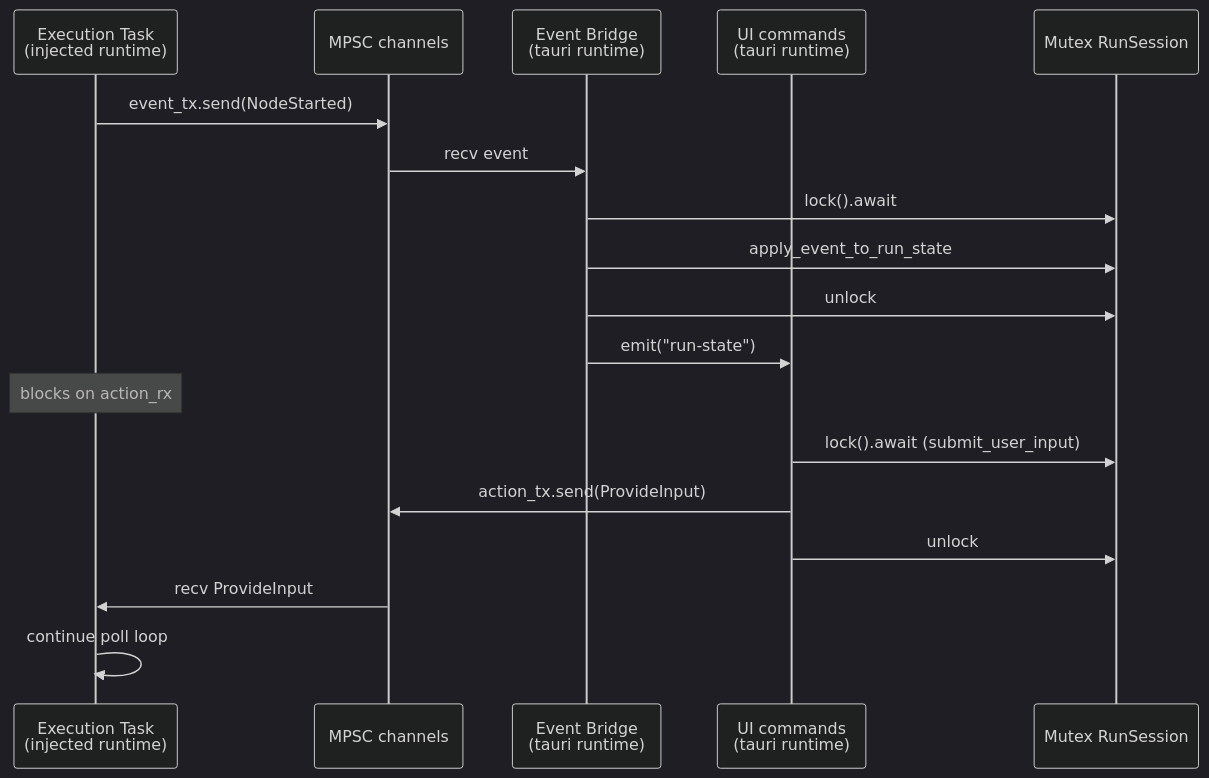
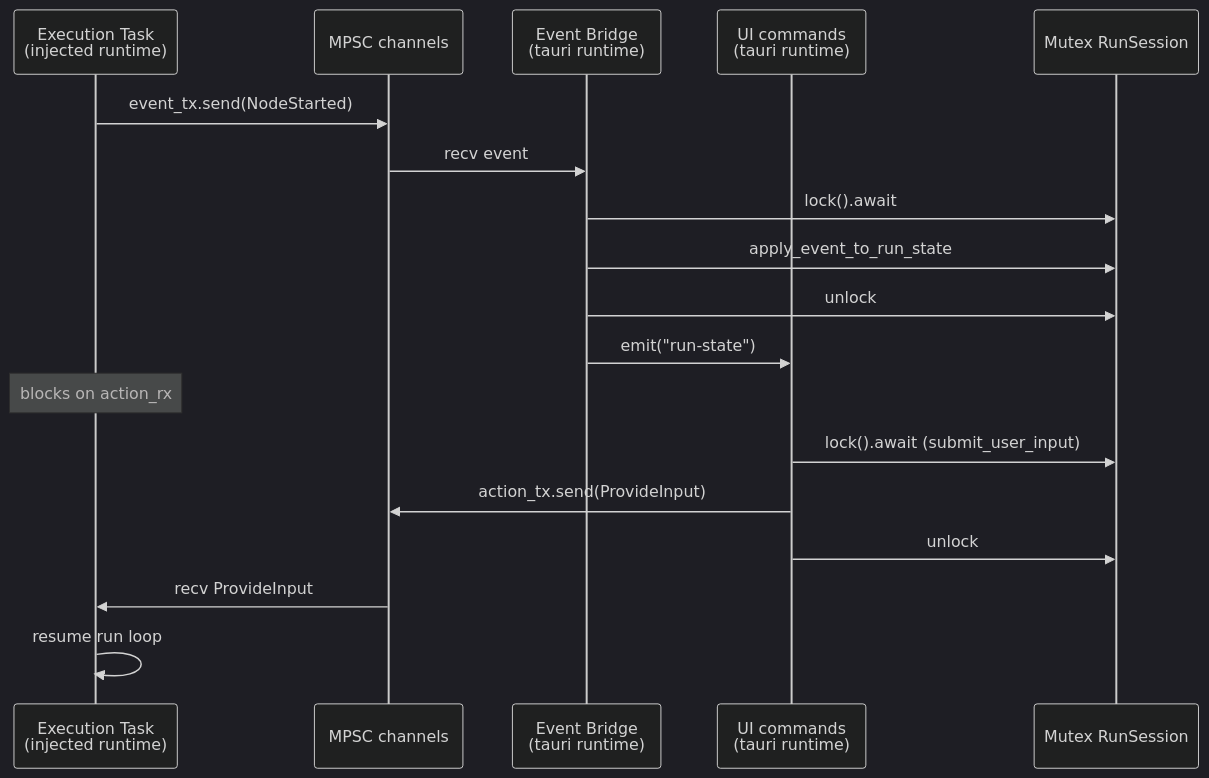
Before and after one commit to philbotar/OpenFlow: the fifth of 7 diagrams in docs/architecture/threading-concurrency.md, drawn with Mermaid (dark theme). The commit also changed other lines of this file and 139 other files, not shown here.

````diff
--- a/docs/architecture/threading-concurrency.md
+++ b/docs/architecture/threading-concurrency.md
@@ -209,23 +196,23 @@
 ```mermaid
 sequenceDiagram
     participant EX as Execution Task<br/>(injected runtime)
     participant CH as MPSC channels
     participant EB as Event Bridge<br/>(tauri runtime)
     participant UI as UI commands<br/>(tauri runtime)
     participant RS as Mutex RunSession
 
     EX->>CH: event_tx.send(NodeStarted)
     CH->>EB: recv event
     EB->>RS: lock().await
     EB->>RS: apply_event_to_run_state
     EB->>RS: unlock
     EB->>UI: emit("run-state")
 
     Note over EX: blocks on action_rx
 
     UI->>RS: lock().await (submit_user_input)
     UI->>CH: action_tx.send(ProvideInput)
     UI->>RS: unlock
     CH->>EX: recv ProvideInput
-    EX->>EX: continue poll loop
+    EX->>EX: resume run loop
 ```
````
